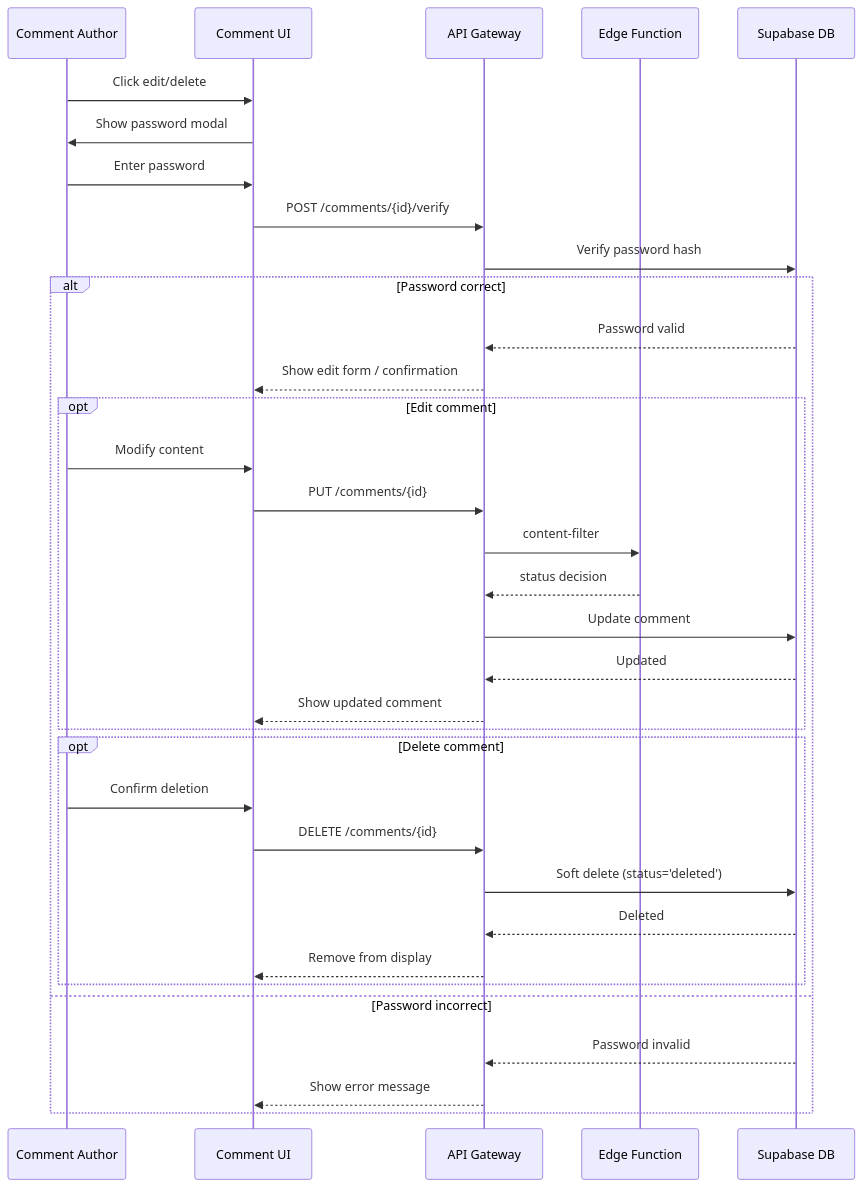
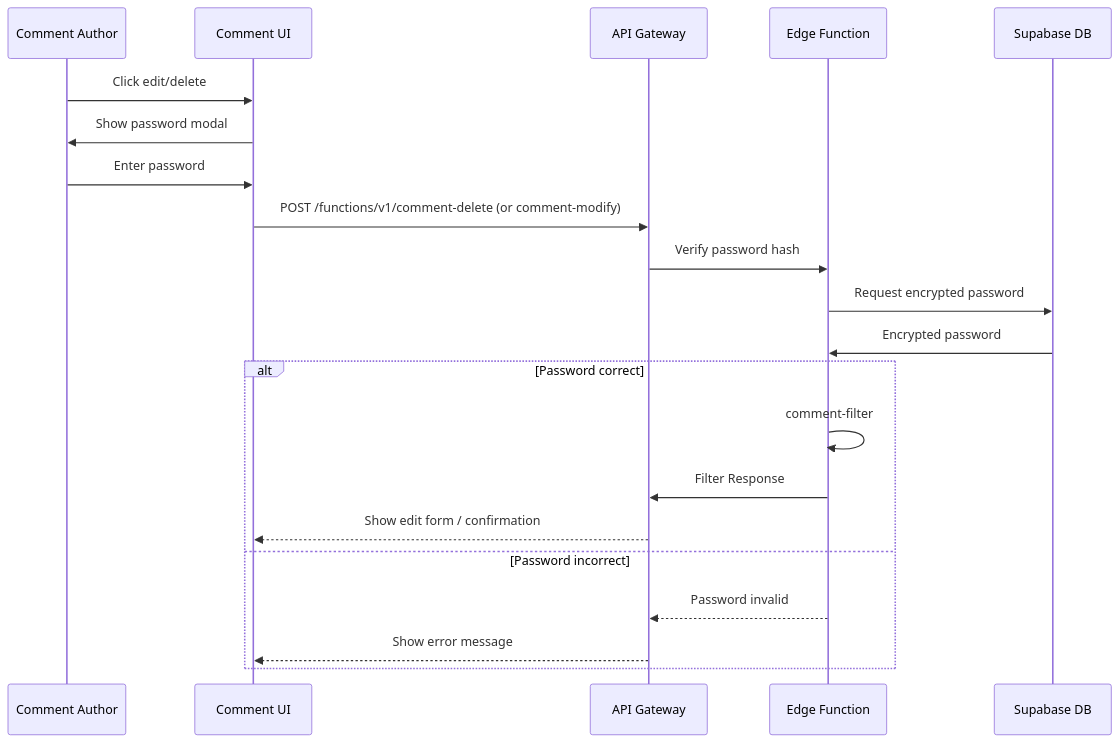
Before and after one commit to jkjan/nowhereland: the second of 6 diagrams in prd/05-comment-management.md, drawn with Mermaid. The commit also changed other lines of this file and 18 other files, not shown here.

````diff
--- a/prd/05-comment-management.md
+++ b/prd/05-comment-management.md
@@ -138,40 +137,26 @@
 ```mermaid
 sequenceDiagram
     participant U as Comment Author
     participant UI as Comment UI
     participant API as API Gateway
     participant EDGE as Edge Function
     participant DB as Supabase DB
     
     U->>UI: Click edit/delete
     UI->>U: Show password modal
     U->>UI: Enter password
-    UI->>API: POST /comments/{id}/verify
-    API->>DB: Verify password hash
-    
+    UI->>API: POST /functions/v1/comment-delete (or comment-modify)
+    API->>EDGE: Verify password hash
+    EDGE->>DB: Request encrypted password
+    DB->>EDGE: Encrypted password
+
     alt Password correct
-        DB-->>API: Password valid
+        EDGE->>EDGE: comment-filter
+        EDGE->>API: Filter Response
         API-->>UI: Show edit form / confirmation
         
-        opt Edit comment
-            U->>UI: Modify content
-            UI->>API: PUT /comments/{id}
-            API->>EDGE: content-filter
-            EDGE-->>API: status decision
-            API->>DB: Update comment
-            DB-->>API: Updated
-            API-->>UI: Show updated comment
-        end
-        
-        opt Delete comment
-            U->>UI: Confirm deletion
-            UI->>API: DELETE /comments/{id}
-            API->>DB: Soft delete (status='deleted')
-            DB-->>API: Deleted
-            API-->>UI: Remove from display
-        end
     else Password incorrect
-        DB-->>API: Password invalid
+        EDGE-->>API: Password invalid
         API-->>UI: Show error message
     end
 ```
````
